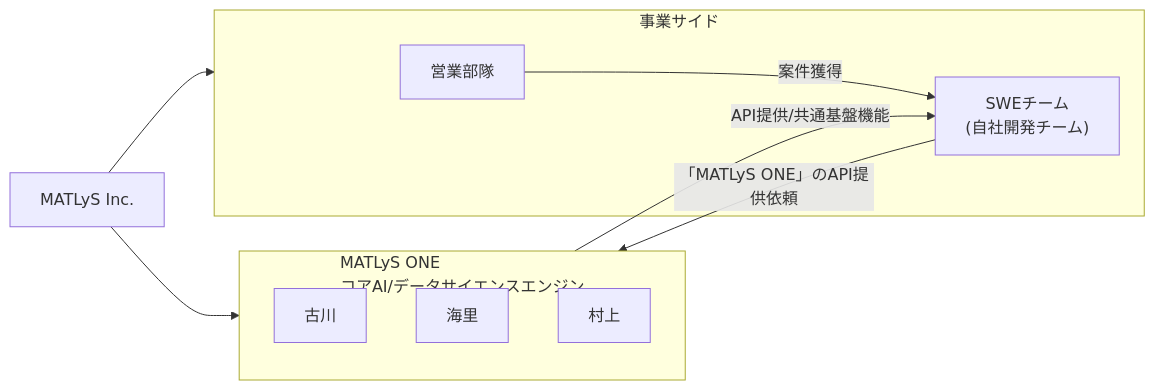
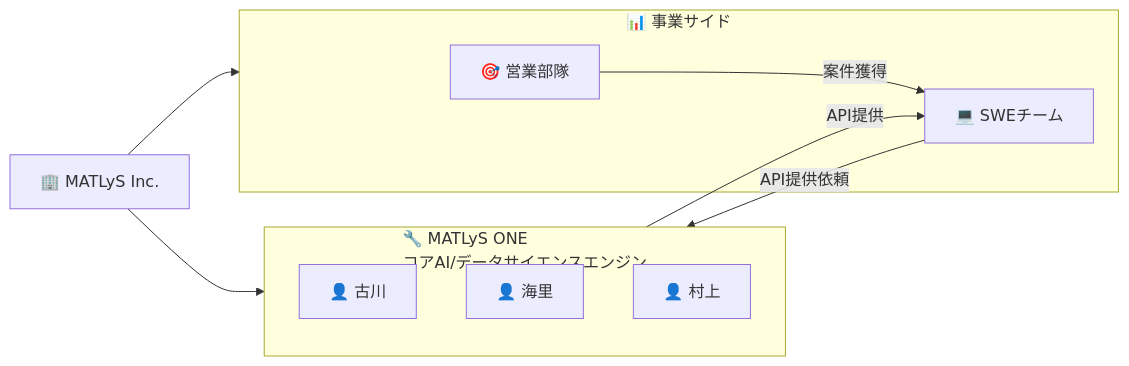
Before and after one commit to shin213/personal-notes: the diagram in README.md, drawn with Mermaid. The commit also changed other lines of this file, not shown here.

Commit message:
Clean up diagram formatting and improve documentation structure

````diff
--- a/README.md
+++ b/README.md
@@ -5,27 +5,21 @@
 ```mermaid
 graph LR
-    %% 会社全体
-    M[MATLyS Inc.]
+    M["🏢 MATLyS Inc."]
 
-    %% コアエンジン
-    subgraph CORE["MATLyS ONE<br/>コアAI/データサイエンスエンジン"]
-        F[古川]
-        K[海里]
-        Mu[村上]
+    subgraph CORE["🔧 MATLyS ONE<br/>コアAI/データサイエンスエンジン"]
+        F["👤 古川"]
+        K["👤 海里"]
+        Mu["👤 村上"]
     end
 
-    %% 事業側
-    subgraph BIZ["事業サイド"]
-        SLS[営業部隊]
-        SWE["SWEチーム<br/>(自社開発チーム)"]
+    subgraph BIZ["📊 事業サイド"]
+        SLS["🎯 営業部隊"]
+        SWE["💻 SWEチーム"]
     end
 
-    %% 階層関係
     M --> CORE
     M --> BIZ
-
-    %% 役割・フロー
-    SLS -- 案件獲得 --> SWE
-    SWE -- "「MATLyS ONE」のAPI提供依頼" --> CORE
-    CORE -- "API提供/共通基盤機能" --> SWE
+    SLS -->|案件獲得| SWE
+    SWE -->|API提供依頼| CORE
+    CORE -->|API提供| SWE
 ```
````
